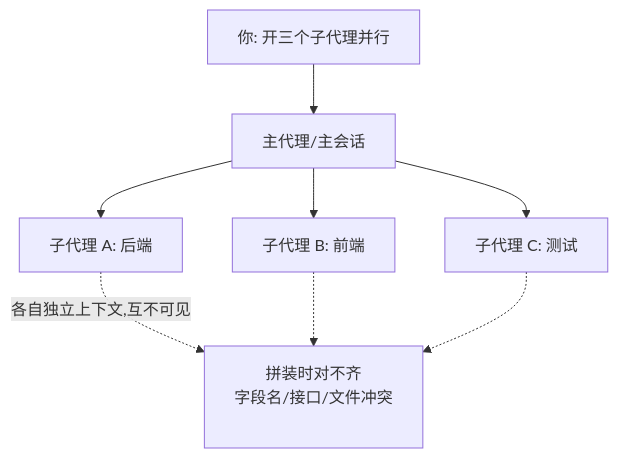
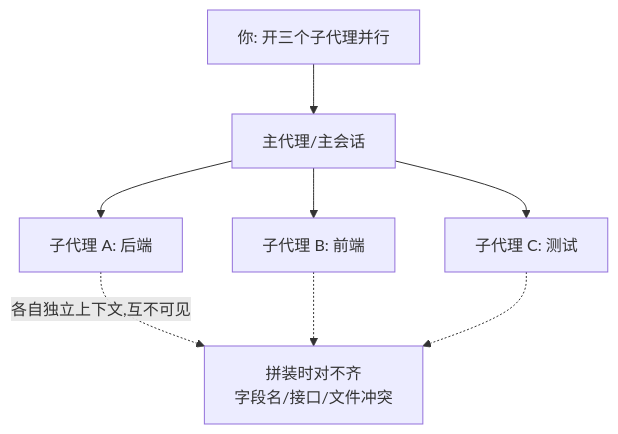
One commit to XuebinMa/AIWiki changed the diagram in docs/00-setup-collaboration/subagent-no-boundaries.mdx. Above: the diagram before and after it, drawn with Mermaid. The commit also changed 99 other files, not shown here.

First line of the commit message:
fix(mermaid): 全局根治节点文字裁切（htmlLabels:false + 清理 br/nbsp 占位）(#26)

````diff
--- a/docs/00-setup-collaboration/subagent-no-boundaries.mdx
+++ b/docs/00-setup-collaboration/subagent-no-boundaries.mdx
@@ -42,10 +42,10 @@
 ```mermaid
 flowchart TB
     U[你: 开三个子代理并行] --> M[主代理/主会话]
     M --> A[子代理 A: 后端]
     M --> B[子代理 B: 前端]
     M --> C[子代理 C: 测试]
-    A -.各自独立上下文,互不可见.-> X["拼装时对不齐<br/>字段名/接口/文件冲突<br/>&nbsp;"]
+    A -.各自独立上下文,互不可见.-> X["拼装时对不齐<br/>字段名/接口/文件冲突"]
     B -.-> X
     C -.-> X
 ```
````
